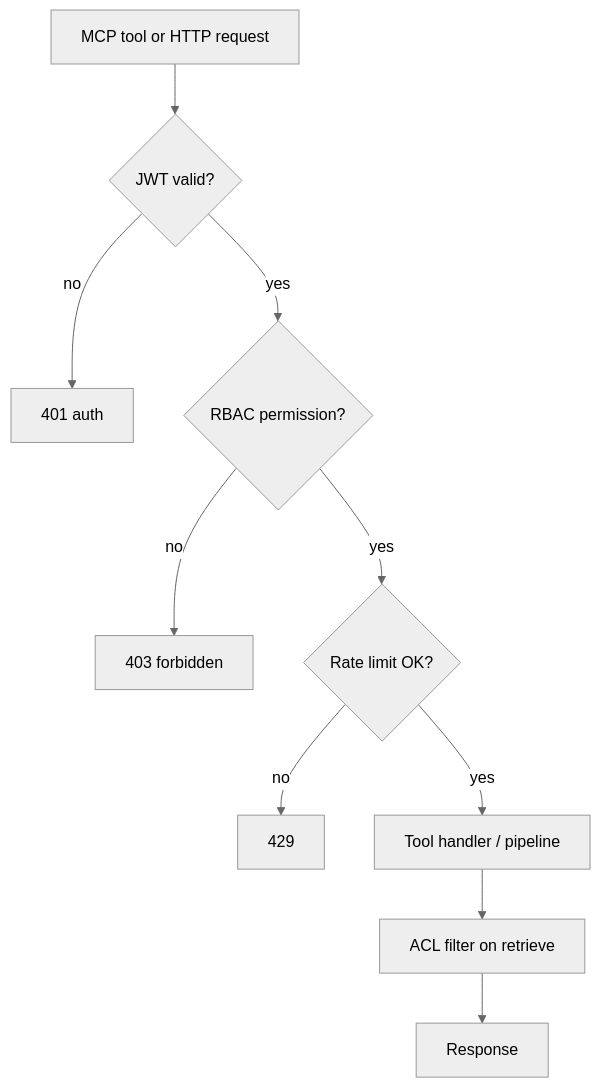
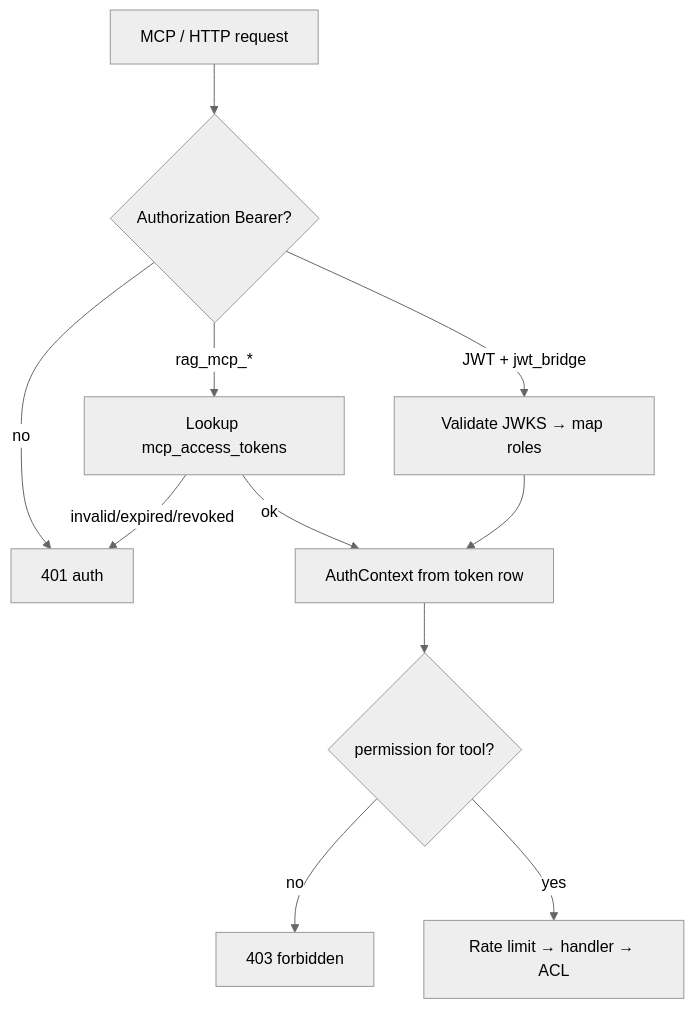
Before and after one commit to ashutoshkumarsinha/enterprise-hybrid-rag: diagram 12 of 20 in ENTERPRISE_HYBRID_RAG_SPEC.md, drawn with Mermaid (neutral theme). The commit also changed other lines of this file and 5 other files, not shown here.

````diff
--- a/ENTERPRISE_HYBRID_RAG_SPEC.md
+++ b/ENTERPRISE_HYBRID_RAG_SPEC.md
@@ -2082,13 +2093,14 @@
 ```mermaid
 flowchart TD
-    REQ[MCP tool or HTTP request]
-    REQ --> AUTH{JWT valid?}
-    AUTH -->|no| E401[401 auth]
-    AUTH -->|yes| RBAC{RBAC permission?}
+    REQ[MCP / HTTP request]
+    REQ --> HDR{Authorization Bearer?}
+    HDR -->|no| E401[401 auth]
+    HDR -->|rag_mcp_*| TOK[Lookup mcp_access_tokens]
+    TOK -->|invalid/expired/revoked| E401
+    TOK -->|ok| CTX[AuthContext from token row]
+    HDR -->|JWT + jwt_bridge| JWT[Validate JWKS → map roles]
+    JWT --> CTX
+    CTX --> RBAC{permission for tool?}
     RBAC -->|no| E403[403 forbidden]
-    RBAC -->|yes| RL{Rate limit OK?}
-    RL -->|no| E429[429]
-    RL -->|yes| HANDLER[Tool handler / pipeline]
-    HANDLER --> ACL[ACL filter on retrieve]
-    ACL --> RESP[Response]
+    RBAC -->|yes| RL[Rate limit → handler → ACL]
 ```
````
